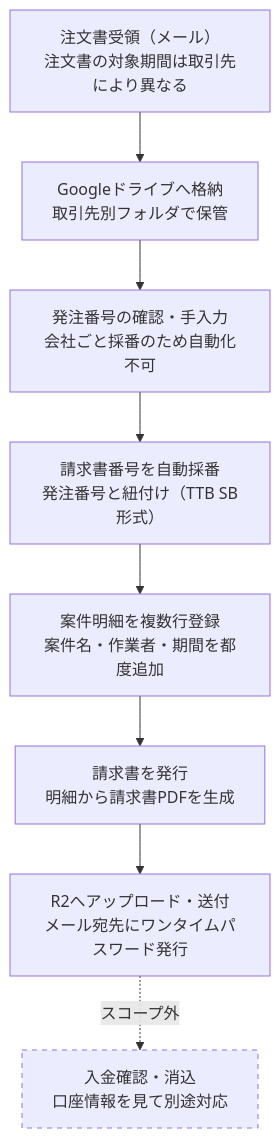
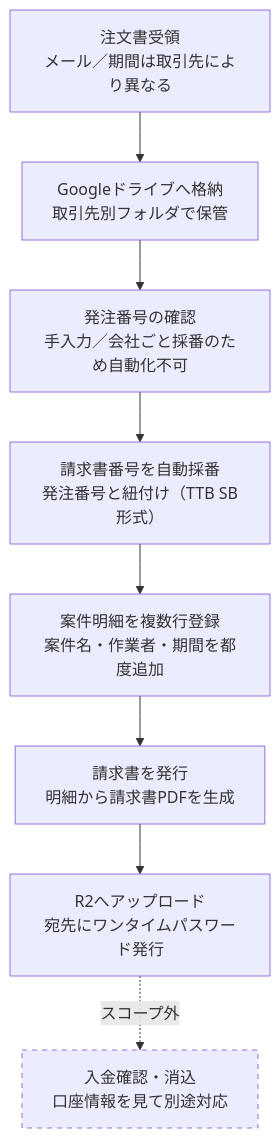
The diagram in 00_docs/00_請求書発行業務フロー図.md (shigi4git-hub/billing), drawn with Mermaid before and after one commit. The commit also changed other lines of this file, not shown here.

Commit message:
フロー図のラベル短縮（GitHub表示崩れ対応）

````diff
--- a/00_docs/00_請求書発行業務フロー図.md
+++ b/00_docs/00_請求書発行業務フロー図.md
@@ -10,12 +10,12 @@
 ```mermaid
 flowchart TD
-    A[注文書受領（メール）<br>注文書の対象期間は取引先により異なる] --> B[Googleドライブへ格納<br>取引先別フォルダで保管]
-    B --> C[発注番号の確認・手入力<br>会社ごと採番のため自動化不可]
+    A[注文書受領<br>メール／期間は取引先により異なる] --> B[Googleドライブへ格納<br>取引先別フォルダで保管]
+    B --> C[発注番号の確認<br>手入力／会社ごと採番のため自動化不可]
     C --> D[請求書番号を自動採番<br>発注番号と紐付け（TTB SB形式）]
     D --> E[案件明細を複数行登録<br>案件名・作業者・期間を都度追加]
     E --> F[請求書を発行<br>明細から請求書PDFを生成]
-    F --> G[R2へアップロード・送付<br>メール宛先にワンタイムパスワード発行]
+    F --> G[R2へアップロード<br>宛先にワンタイムパスワード発行]
     G -.スコープ外.-> H[入金確認・消込<br>口座情報を見て別途対応]
 
     style H stroke-dasharray:5,5
 ```
````
